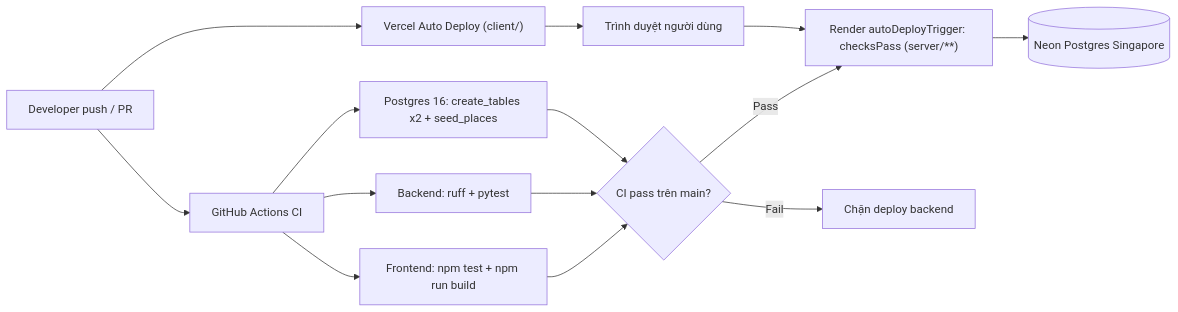
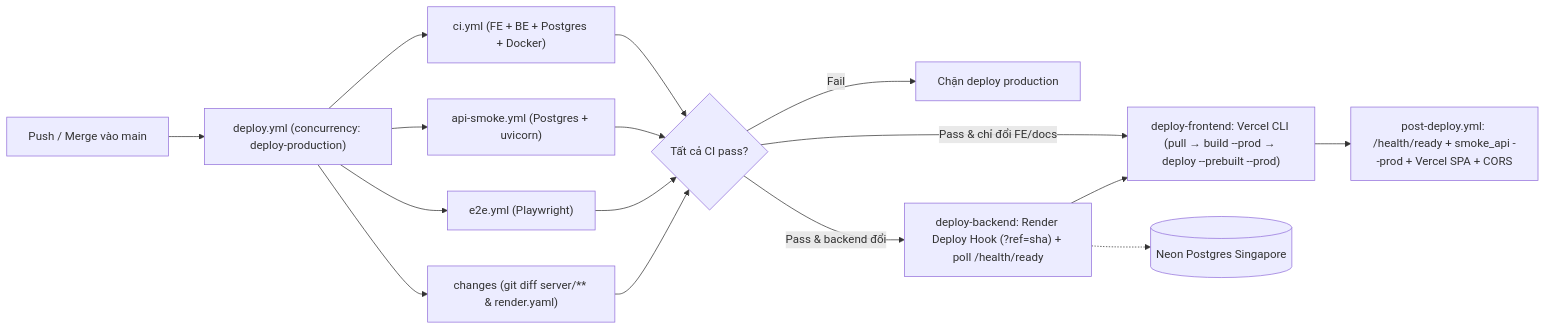
The diagram in docs/05-deploy.md (25127029-DBDANH/website-ai-travel), drawn with Mermaid before and after one commit. The commit also changed other lines of this file and 11 other files, not shown here.

First line of the commit message:
ci(cd): deploy production bằng GitHub Actions — CI xanh mới deploy Render + Vercel, preview cho từng PR (#56)

````diff
--- a/docs/05-deploy.md
+++ b/docs/05-deploy.md
@@ -117,16 +121,18 @@
 ```mermaid
 flowchart LR
-    Dev["Developer push / PR"] --> GHA["GitHub Actions CI"]
-    GHA --> FE["Frontend: npm test + npm run build"]
-    GHA --> BE["Backend: ruff + pytest"]
-    GHA --> PG["Postgres 16: create_tables x2 + seed_places"]
-    FE --> Gate{"CI pass trên main?"}
-    BE --> Gate
-    PG --> Gate
-    Gate -- "Pass" --> Render["Render autoDeployTrigger: checksPass (server/**)"]
-    Gate -- "Fail" --> Block["Chặn deploy backend"]
-    Render --> Neon[("Neon Postgres Singapore")]
-    Dev --> Vercel["Vercel Auto Deploy (client/)"]
-    Vercel --> User["Trình duyệt người dùng"]
-    User --> Render
+    Dev["Push / Merge vào main"] --> CD["deploy.yml (concurrency: deploy-production)"]
+    CD --> CI["ci.yml (FE + BE + Postgres + Docker)"]
+    CD --> API["api-smoke.yml (Postgres + uvicorn)"]
+    CD --> E2E["e2e.yml (Playwright)"]
+    CD --> Diff["changes (git diff server/** & render.yaml)"]
+    CI --> Gate{"Tất cả CI pass?"}
+    API --> Gate
+    E2E --> Gate
+    Diff --> Gate
+    Gate -- "Fail" --> Stop["Chặn deploy production"]
+    Gate -- "Pass & backend đổi" --> BE["deploy-backend: Render Deploy Hook (?ref=sha) + poll /health/ready"]
+    Gate -- "Pass & chỉ đổi FE/docs" --> FE["deploy-frontend: Vercel CLI (pull → build --prod → deploy --prebuilt --prod)"]
+    BE --> FE
+    FE --> Smoke["post-deploy.yml: /health/ready + smoke_api --prod + Vercel SPA + CORS"]
+    BE -.-> Neon[("Neon Postgres Singapore")]
 ```
````
